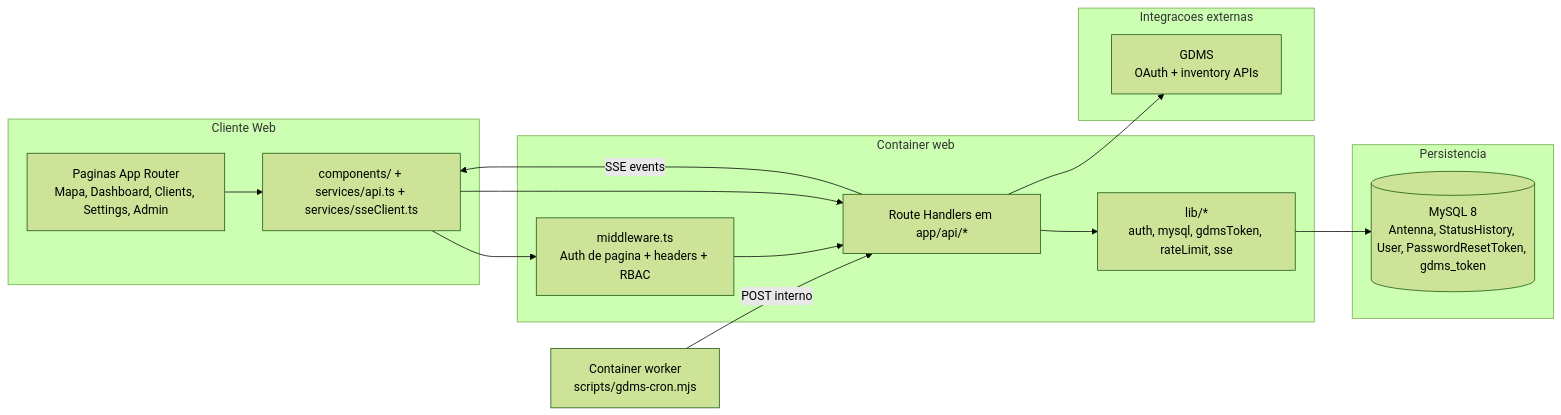
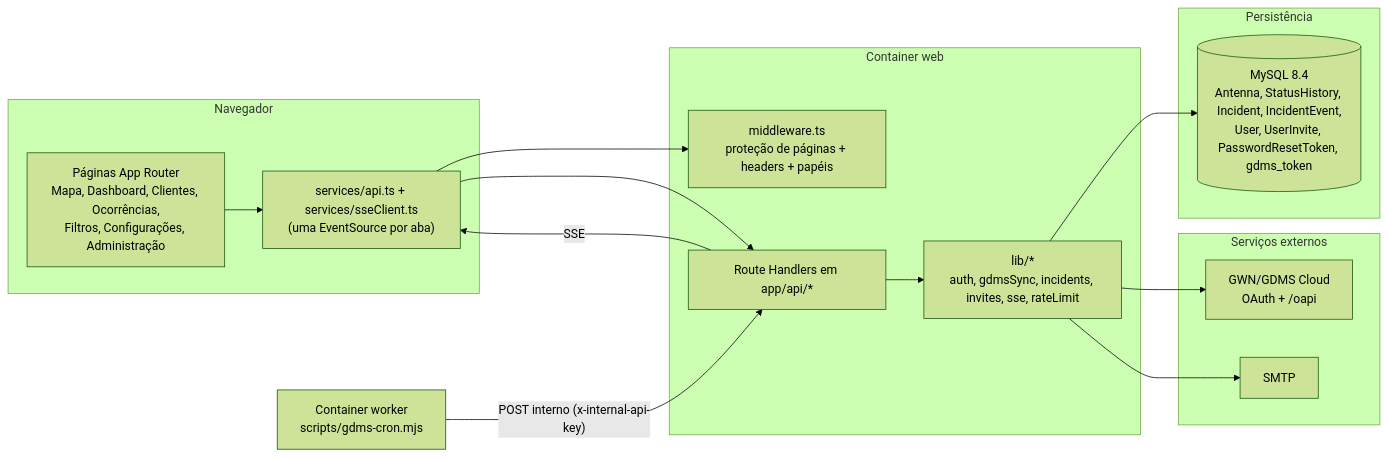
The first of 5 diagrams in README.md (jefersonrocha-py/statsAP), drawn with Mermaid (forest theme) before and after one commit. The commit also changed other lines of this file and 1 other file, not shown here.

````diff
--- a/README.md
+++ b/README.md
@@ -74,33 +97,34 @@
 ```mermaid
 flowchart LR
-  subgraph Browser["Cliente Web"]
-    UI["Paginas App Router<br/>Mapa, Dashboard, Clients, Settings, Admin"]
-    FE["components/ + services/api.ts + services/sseClient.ts"]
+  subgraph Browser["Navegador"]
+    UI["Páginas App Router<br/>Mapa, Dashboard, Clientes, Ocorrências,<br/>Filtros, Configurações, Administração"]
+    FE["services/api.ts + services/sseClient.ts<br/>(uma EventSource por aba)"]
   end
 
   subgraph Web["Container web"]
-    MW["middleware.ts<br/>Auth de pagina + headers + RBAC"]
+    MW["middleware.ts<br/>proteção de páginas + headers + papéis"]
     API["Route Handlers em app/api/*"]
-    CORE["lib/*<br/>auth, mysql, gdmsToken, rateLimit, sse"]
+    CORE["lib/*<br/>auth, gdmsSync, incidents, invites, sse, rateLimit"]
   end
 
-  subgraph Data["Persistencia"]
-    DB[("MySQL 8<br/>Antenna, StatusHistory, User, PasswordResetToken, gdms_token")]
+  subgraph Data["Persistência"]
+    DB[("MySQL 8.4<br/>Antenna, StatusHistory, Incident, IncidentEvent,<br/>User, UserInvite, PasswordResetToken, gdms_token")]
   end
 
-  subgraph External["Integracoes externas"]
-    GDMS["GDMS<br/>OAuth + inventory APIs"]
+  subgraph External["Serviços externos"]
+    GDMS["GWN/GDMS Cloud<br/>OAuth + /oapi"]
+    SMTP["SMTP"]
   end
 
   Worker["Container worker<br/>scripts/gdms-cron.mjs"]
 
   UI --> FE
   FE --> MW
   FE --> API
-  MW --> API
   API --> CORE
   CORE --> DB
-  API --> GDMS
-  Worker -->|POST interno| API
-  API -->|SSE events| FE
+  CORE --> GDMS
+  CORE --> SMTP
+  Worker -->|"POST interno (x-internal-api-key)"| API
+  API -->|SSE| FE
 ```
````
